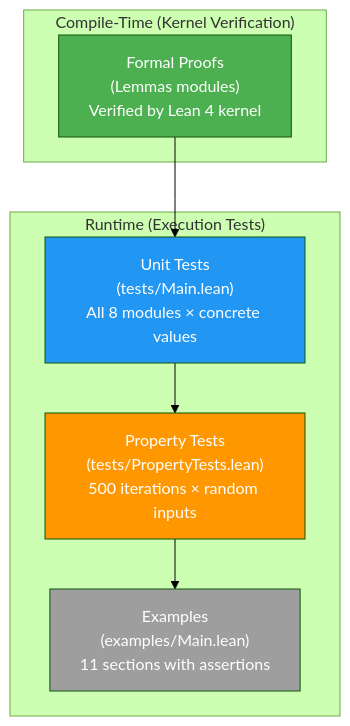
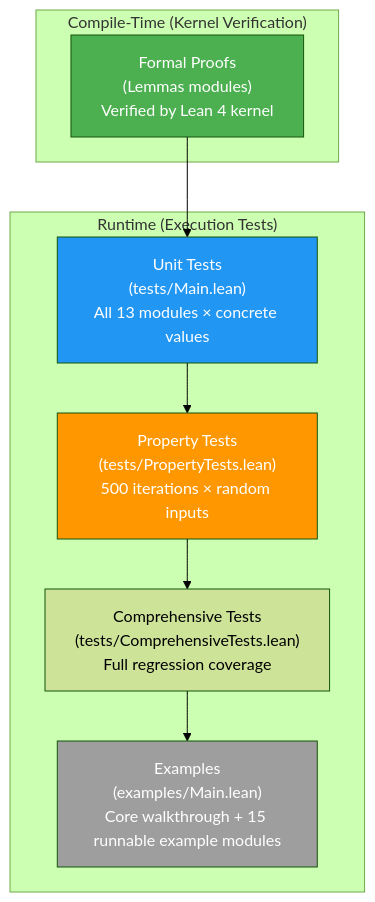
One commit to Provenance-Works/Radix changed the diagram in docs/en/development/testing.md. Above: the diagram before and after it, drawn with Mermaid (forest theme). The commit also changed other lines of this file and 16 other files, not shown here.

````diff
--- a/docs/en/development/testing.md
+++ b/docs/en/development/testing.md
@@ -16,18 +17,20 @@
 ```mermaid
 graph TD
     subgraph "Compile-Time (Kernel Verification)"
         Proofs["Formal Proofs<br/>(Lemmas modules)<br/>Verified by Lean 4 kernel"]
     end
     subgraph "Runtime (Execution Tests)"
-        Unit["Unit Tests<br/>(tests/Main.lean)<br/>All 8 modules × concrete values"]
+        Unit["Unit Tests<br/>(tests/Main.lean)<br/>All 13 modules × concrete values"]
         Prop["Property Tests<br/>(tests/PropertyTests.lean)<br/>500 iterations × random inputs"]
-        Ex["Examples<br/>(examples/Main.lean)<br/>11 sections with assertions"]
+        Comp["Comprehensive Tests<br/>(tests/ComprehensiveTests.lean)<br/>Full regression coverage"]
+        Ex["Examples<br/>(examples/Main.lean)<br/>Core walkthrough + 15 runnable example modules"]
     end
     Proofs --> Unit
     Unit --> Prop
-    Prop --> Ex
+      Prop --> Comp
+      Comp --> Ex
     style Proofs fill:#4CAF50,color:white
     style Unit fill:#2196F3,color:white
     style Prop fill:#FF9800,color:white
     style Ex fill:#9E9E9E,color:white
 ```
````
